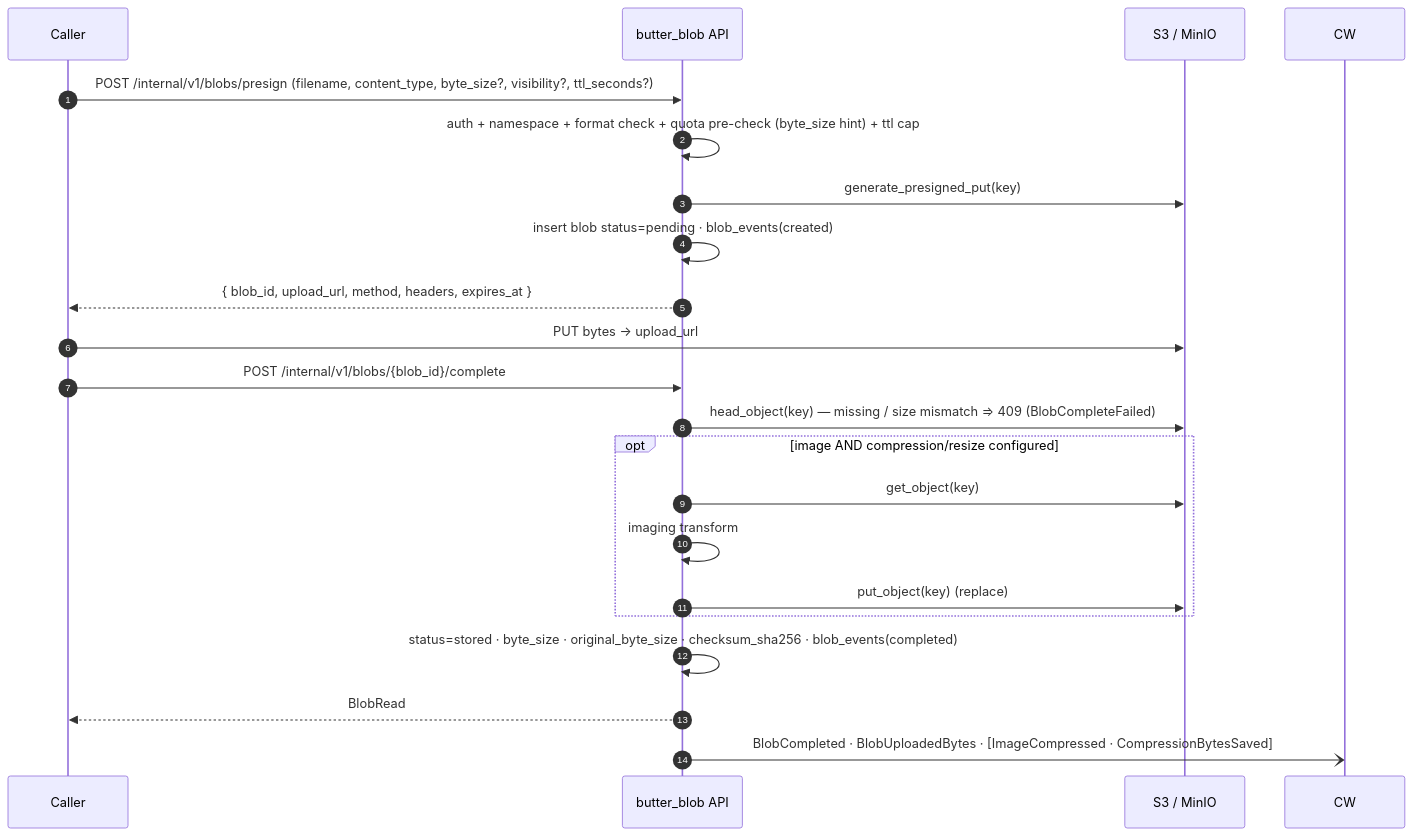
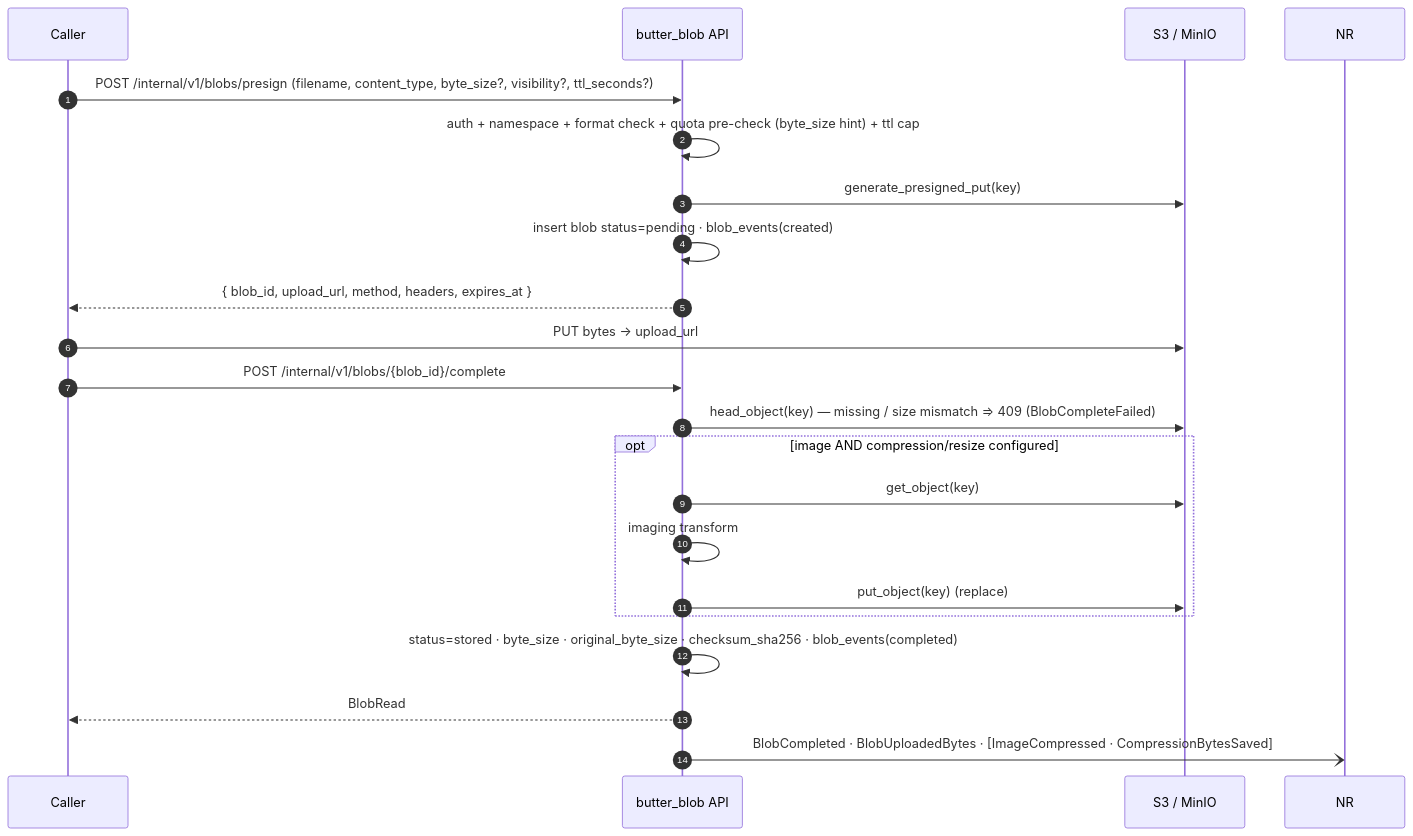
Before and after one commit to acidevbutter/butter_blob: the third of 6 diagrams in docs/spec.md, drawn with Mermaid. The commit also changed other lines of this file and 7 other files, not shown here.

````diff
--- a/docs/spec.md
+++ b/docs/spec.md
@@ -111,24 +111,24 @@
 ```mermaid
 sequenceDiagram
     autonumber
     participant C as Caller
     participant A as butter_blob API
     participant S as S3 / MinIO
 
     C->>A: POST /internal/v1/blobs/presign (filename, content_type, byte_size?, visibility?, ttl_seconds?)
     A->>A: auth + namespace + format check + quota pre-check (byte_size hint) + ttl cap
     A->>S: generate_presigned_put(key)
     A->>A: insert blob status=pending · blob_events(created)
     A-->>C: { blob_id, upload_url, method, headers, expires_at }
     C->>S: PUT bytes → upload_url
     C->>A: POST /internal/v1/blobs/{blob_id}/complete
     A->>S: head_object(key) — missing / size mismatch ⇒ 409 (BlobCompleteFailed)
     opt image AND compression/resize configured
         A->>S: get_object(key)
         A->>A: imaging transform
         A->>S: put_object(key)  (replace)
     end
     A->>A: status=stored · byte_size · original_byte_size · checksum_sha256 · blob_events(completed)
     A-->>C: BlobRead
-    A-)CW: BlobCompleted · BlobUploadedBytes · [ImageCompressed · CompressionBytesSaved]
+    A-)NR: BlobCompleted · BlobUploadedBytes · [ImageCompressed · CompressionBytesSaved]
 ```
````
